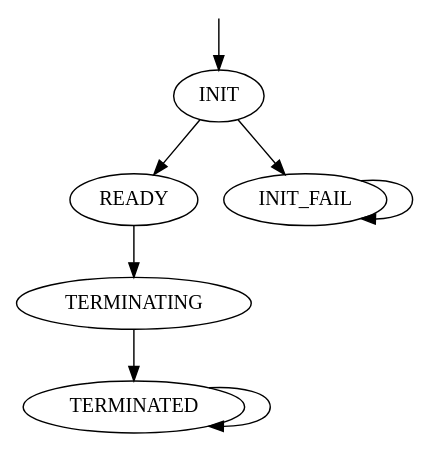
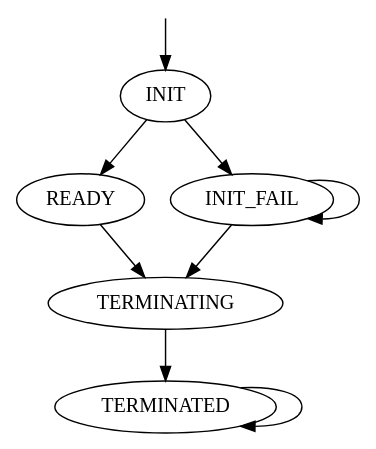
The diagram in fig/instance-lifecycle.dot (rerobots/docs), drawn with Graphviz before and after one commit. The commit also changed 1 other file, not shown here.

Commit message:
update instance state diagram to show TERMINATING after INIT_FAIL

```diff
--- a/fig/instance-lifecycle.dot
+++ b/fig/instance-lifecycle.dot
@@ -1,10 +1,11 @@
 digraph A {
 "" [shape=none,height=0]
 "" -> INIT
 INIT -> READY
 INIT -> INIT_FAIL
 INIT_FAIL -> INIT_FAIL
+INIT_FAIL -> TERMINATING
 READY -> TERMINATING
 TERMINATING -> TERMINATED
 TERMINATED -> TERMINATED
 }
```
